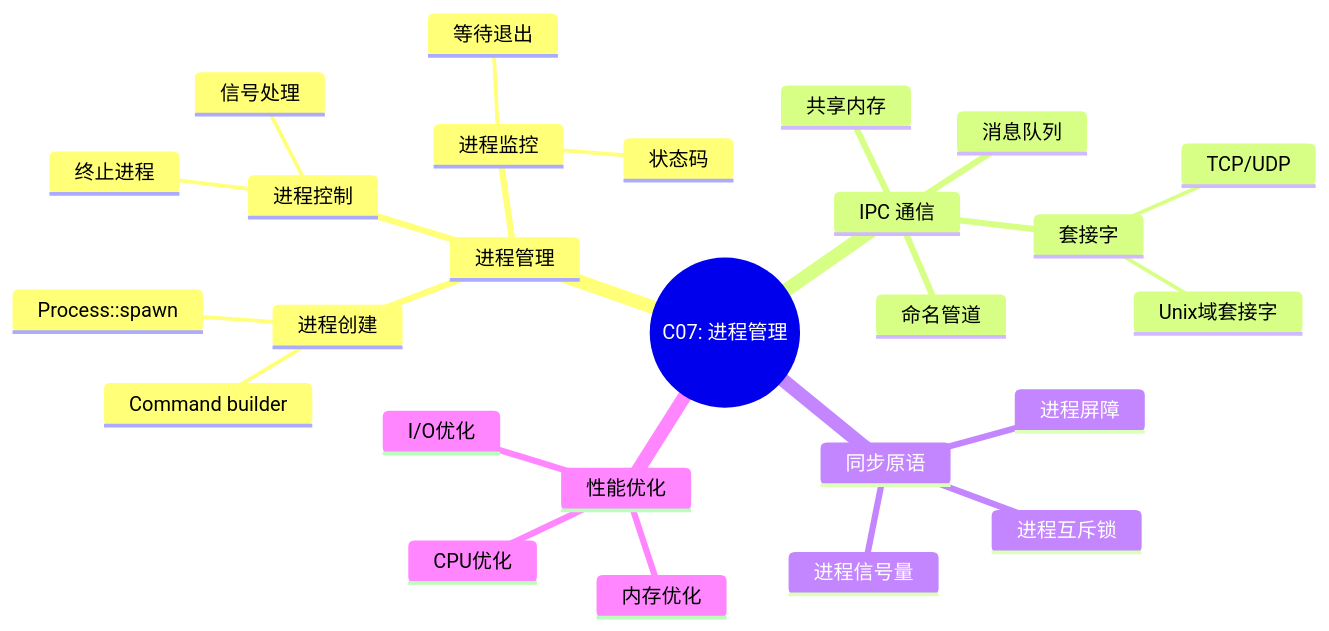
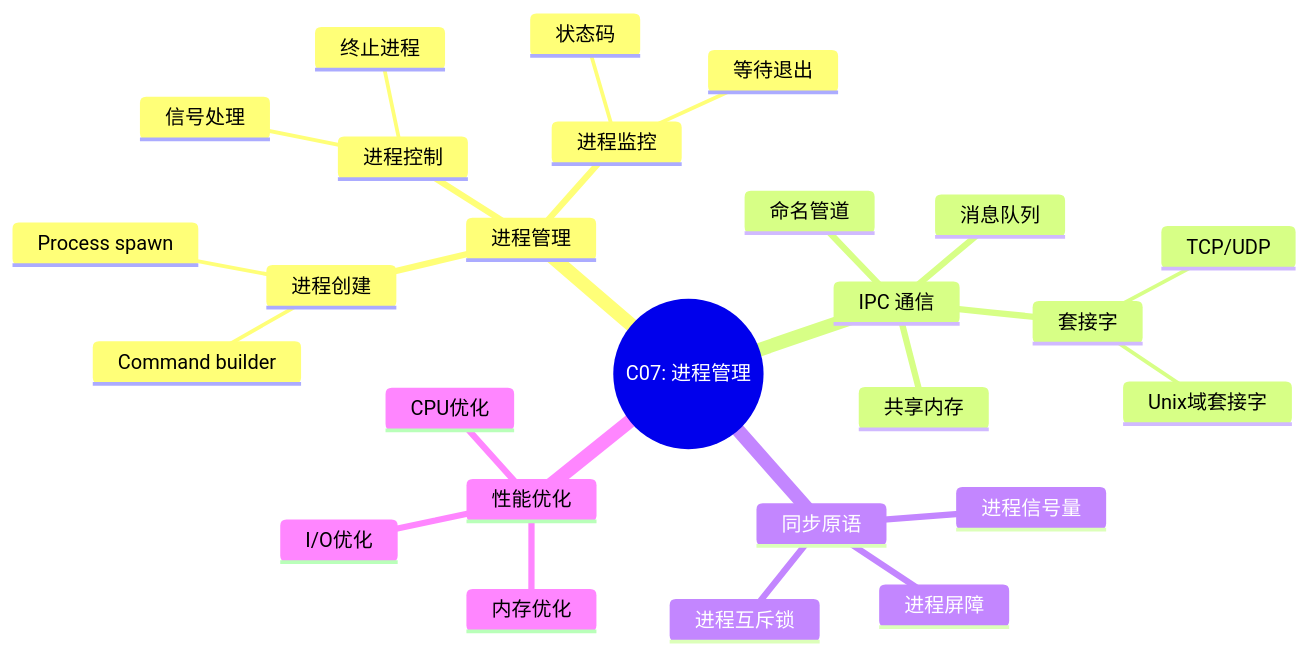
Before and after one commit to martin-ly/rust-lang: diagram 17 of 19 in docs/04_thinking/04_mind_map_collection.md, drawn with Mermaid. The commit also changed other lines of this file and 97 other files, not shown here.

````diff
--- a/docs/04_thinking/04_mind_map_collection.md
+++ b/docs/04_thinking/04_mind_map_collection.md
@@ -945,29 +945,29 @@
 ```mermaid
 mindmap
   root((C07: 进程管理))
     进程管理
       进程创建
-        Process::spawn
+        Process spawn
         Command builder
       进程控制
         终止进程
         信号处理
       进程监控
         等待退出
         状态码
     IPC 通信
       命名管道
       套接字
         Unix域套接字
         TCP/UDP
       共享内存
       消息队列
     同步原语
       进程互斥锁
       进程信号量
       进程屏障
     性能优化
       内存优化
       CPU优化
       I/O优化
 ```
````
